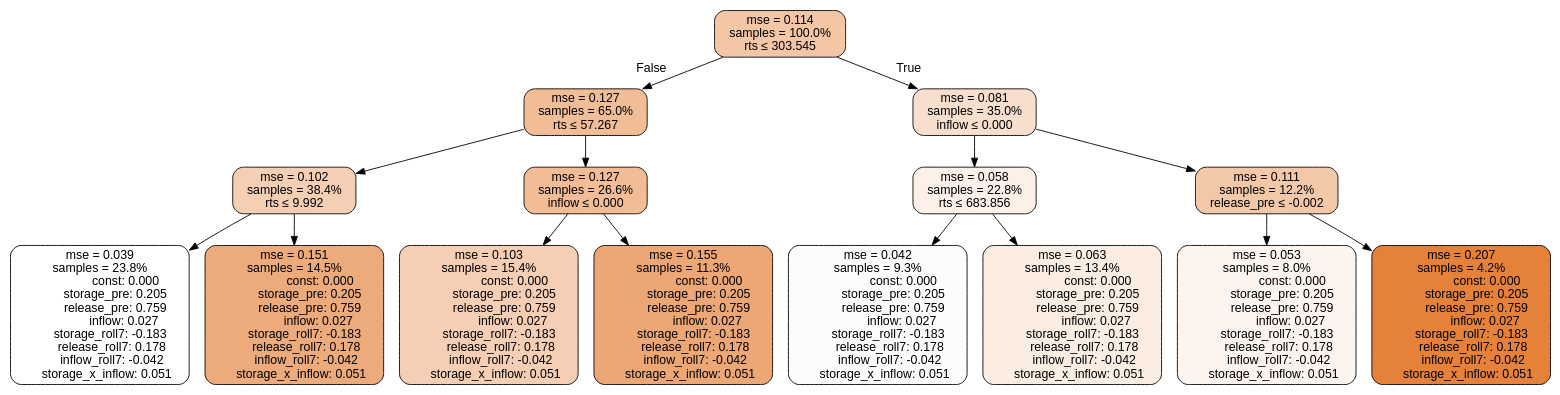
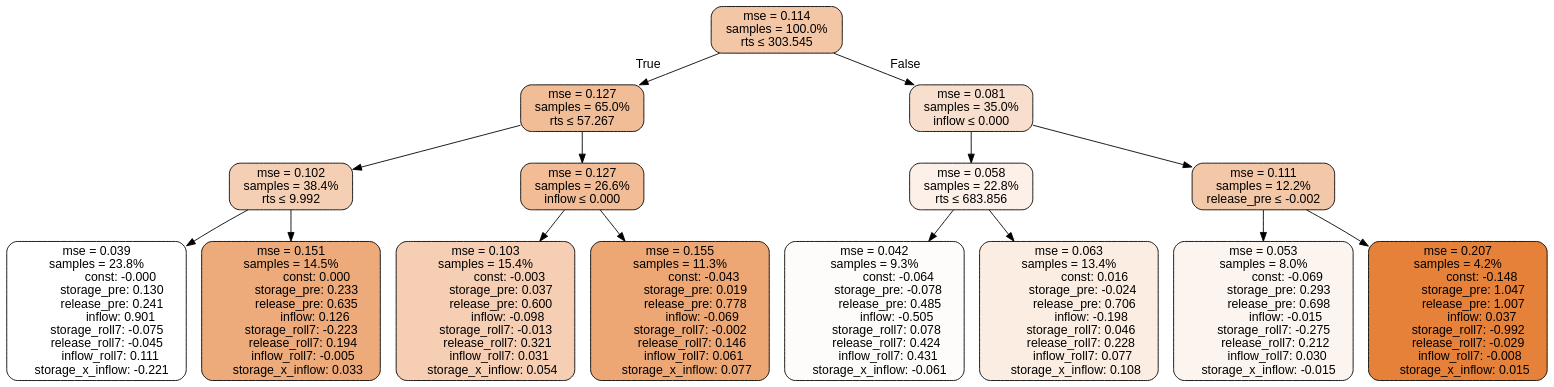
Before and after one commit to lcford2/predict-release: the diagram in results/tclr_spatial_eval/all/TD3_RT_MS_0.75_728/tree.dot, drawn with Graphviz. The commit also changed 1999 other files, not shown here.

```diff
--- a/results/tclr_spatial_eval/all/TD3_RT_MS_0.75_728/tree.dot
+++ b/results/tclr_spatial_eval/all/TD3_RT_MS_0.75_728/tree.dot
@@ -1,120 +1,121 @@
 digraph tree {
+bgcolor="transparent"
 node [shape=rectangle, style="filled, rounded", color="black", fontname=helvetica] ;
 edge [fontname=helvetica] ;
 	"0" [label="mse = 0.114
 samples = 100.0%
 rts &le; 303.545", fillcolor="#f3c6a6"]
 	"1" [label="mse = 0.127
 samples = 65.0%
 rts &le; 57.267", fillcolor="#f1bd97"]
 	"2" [label="mse = 0.102
 samples = 38.4%
 rts &le; 9.992", fillcolor="#f5cfb4"]
 	"3" [label="mse = 0.039
 samples = 23.8%
-                const: 0.000
-          storage_pre: 0.205
-          release_pre: 0.759
-               inflow: 0.027
-       storage_roll7: -0.183
-        release_roll7: 0.178
-        inflow_roll7: -0.042
-     storage_x_inflow: 0.051", fillcolor="#ffffff"]
+               const: -0.000
+          storage_pre: 0.130
+          release_pre: 0.241
+               inflow: 0.901
+       storage_roll7: -0.075
+       release_roll7: -0.045
+         inflow_roll7: 0.111
+    storage_x_inflow: -0.221", fillcolor="#ffffff"]
 	"4" [label="mse = 0.151
 samples = 14.5%
                 const: 0.000
-          storage_pre: 0.205
-          release_pre: 0.759
-               inflow: 0.027
-       storage_roll7: -0.183
-        release_roll7: 0.178
-        inflow_roll7: -0.042
-     storage_x_inflow: 0.051", fillcolor="#edaa7a"]
+          storage_pre: 0.233
+          release_pre: 0.635
+               inflow: 0.126
+       storage_roll7: -0.223
+        release_roll7: 0.194
+        inflow_roll7: -0.005
+     storage_x_inflow: 0.033", fillcolor="#edaa7a"]
 	"5" [label="mse = 0.127
 samples = 26.6%
 inflow &le; 0.000", fillcolor="#f1bc96"]
 	"6" [label="mse = 0.103
 samples = 15.4%
-                const: 0.000
-          storage_pre: 0.205
-          release_pre: 0.759
-               inflow: 0.027
-       storage_roll7: -0.183
-        release_roll7: 0.178
-        inflow_roll7: -0.042
-     storage_x_inflow: 0.051", fillcolor="#f5ceb3"]
+               const: -0.003
+          storage_pre: 0.037
+          release_pre: 0.600
+              inflow: -0.098
+       storage_roll7: -0.013
+        release_roll7: 0.321
+         inflow_roll7: 0.031
+     storage_x_inflow: 0.054", fillcolor="#f5ceb3"]
 	"7" [label="mse = 0.155
 samples = 11.3%
-                const: 0.000
-          storage_pre: 0.205
-          release_pre: 0.759
-               inflow: 0.027
-       storage_roll7: -0.183
-        release_roll7: 0.178
-        inflow_roll7: -0.042
-     storage_x_inflow: 0.051", fillcolor="#eca775"]
+               const: -0.043
+          storage_pre: 0.019
+          release_pre: 0.778
+              inflow: -0.069
+       storage_roll7: -0.002
+        release_roll7: 0.146
+         inflow_roll7: 0.061
+     storage_x_inflow: 0.077", fillcolor="#eca775"]
 	"8" [label="mse = 0.081
 samples = 35.0%
 inflow &le; 0.000", fillcolor="#f8dfcd"]
 	"9" [label="mse = 0.058
 samples = 22.8%
 rts &le; 683.856", fillcolor="#fcf0e8"]
 	"10" [label="mse = 0.042
 samples = 9.3%
-                const: 0.000
-          storage_pre: 0.205
-          release_pre: 0.759
-               inflow: 0.027
-       storage_roll7: -0.183
-        release_roll7: 0.178
-        inflow_roll7: -0.042
-     storage_x_inflow: 0.051", fillcolor="#fefcfb"]
+               const: -0.064
+         storage_pre: -0.078
+          release_pre: 0.485
+              inflow: -0.505
+        storage_roll7: 0.078
+        release_roll7: 0.424
+         inflow_roll7: 0.431
+    storage_x_inflow: -0.061", fillcolor="#fefcfb"]
 	"11" [label="mse = 0.063
 samples = 13.4%
-                const: 0.000
-          storage_pre: 0.205
-          release_pre: 0.759
-               inflow: 0.027
-       storage_roll7: -0.183
-        release_roll7: 0.178
-        inflow_roll7: -0.042
-     storage_x_inflow: 0.051", fillcolor="#fbede2"]
+                const: 0.016
+         storage_pre: -0.024
+          release_pre: 0.706
+              inflow: -0.198
+        storage_roll7: 0.046
+        release_roll7: 0.228
+         inflow_roll7: 0.077
+     storage_x_inflow: 0.108", fillcolor="#fbede2"]
 	"12" [label="mse = 0.111
 samples = 12.2%
 release_pre &le; -0.002", fillcolor="#f3c8a9"]
 	"13" [label="mse = 0.053
 samples = 8.0%
-                const: 0.000
-          storage_pre: 0.205
-          release_pre: 0.759
-               inflow: 0.027
-       storage_roll7: -0.183
-        release_roll7: 0.178
-        inflow_roll7: -0.042
-     storage_x_inflow: 0.051", fillcolor="#fcf4ee"]
+               const: -0.069
+          storage_pre: 0.293
+          release_pre: 0.698
+              inflow: -0.015
+       storage_roll7: -0.275
+        release_roll7: 0.212
+         inflow_roll7: 0.030
+    storage_x_inflow: -0.015", fillcolor="#fcf4ee"]
 	"14" [label="mse = 0.207
 samples = 4.2%
-                const: 0.000
-          storage_pre: 0.205
-          release_pre: 0.759
-               inflow: 0.027
-       storage_roll7: -0.183
-        release_roll7: 0.178
-        inflow_roll7: -0.042
-     storage_x_inflow: 0.051", fillcolor="#e58139"]
+               const: -0.148
+          storage_pre: 1.047
+          release_pre: 1.007
+               inflow: 0.037
+       storage_roll7: -0.992
+       release_roll7: -0.029
+        inflow_roll7: -0.008
+     storage_x_inflow: 0.015", fillcolor="#e58139"]
 
-	"0" -> "1" [labeldistance=2.5, labelangle=45, headlabel="False"]
+	"0" -> "1" [labeldistance=2.5, labelangle=45, headlabel="True"]
 	"1" -> "2"
 	"2" -> "3"
 	"2" -> "4"
 	"1" -> "5"
 	"5" -> "6"
 	"5" -> "7"
-	"0" -> "8" [labeldistance=2.5, labelangle=-45, headlabel="True"]
+	"0" -> "8" [labeldistance=2.5, labelangle=-45, headlabel="False"]
 	"8" -> "9"
 	"9" -> "10"
 	"9" -> "11"
 	"8" -> "12"
 	"12" -> "13"
 	"12" -> "14"
 }
```
